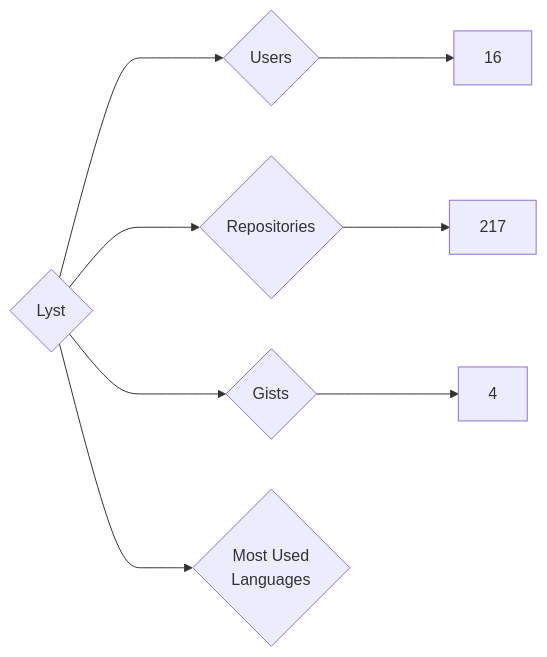
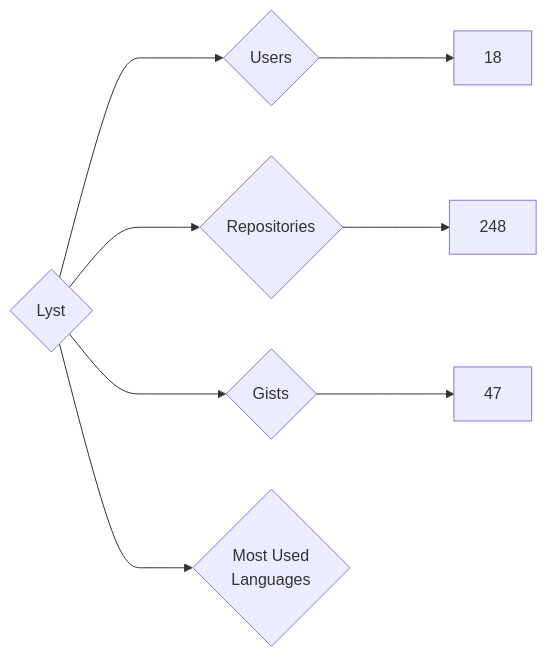
Before and after one commit to nenadzaric/insiders: the diagram in targets/Lyst/README.md, drawn with Mermaid. The commit also changed 1342 other files, not shown here.

````diff
--- a/targets/Lyst/README.md
+++ b/targets/Lyst/README.md
@@ -3,8 +3,8 @@
 ```mermaid
 graph LR
 COMPANY_NAME{Lyst}
-COMPANY_NAME ---> U{Users} ---> UN[16]
-COMPANY_NAME ---> R{Repositories} ---> RN[217]
-COMPANY_NAME ---> G{Gists} ---> GN[4]
+COMPANY_NAME ---> U{Users} ---> UN[18]
+COMPANY_NAME ---> R{Repositories} ---> RN[248]
+COMPANY_NAME ---> G{Gists} ---> GN[47]
 COMPANY_NAME ---> ML{Most Used<br>Languages}
 ```
````
